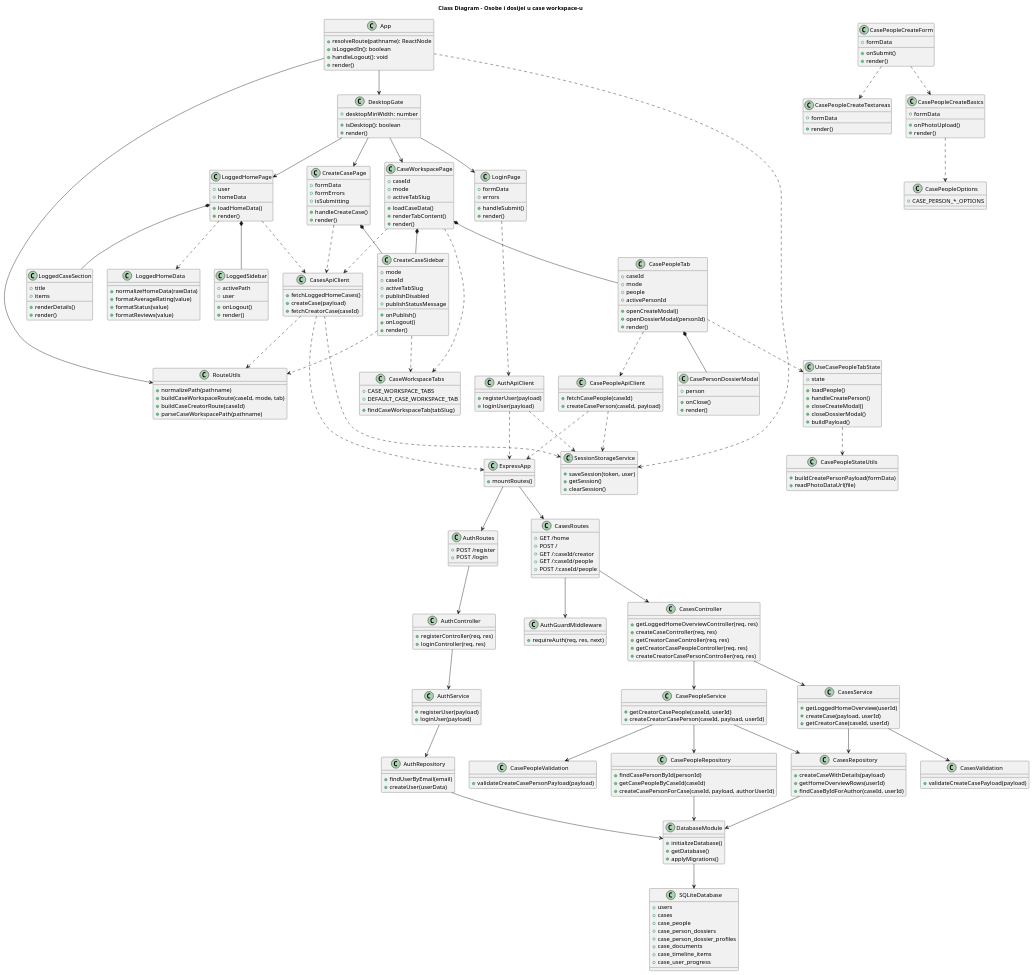
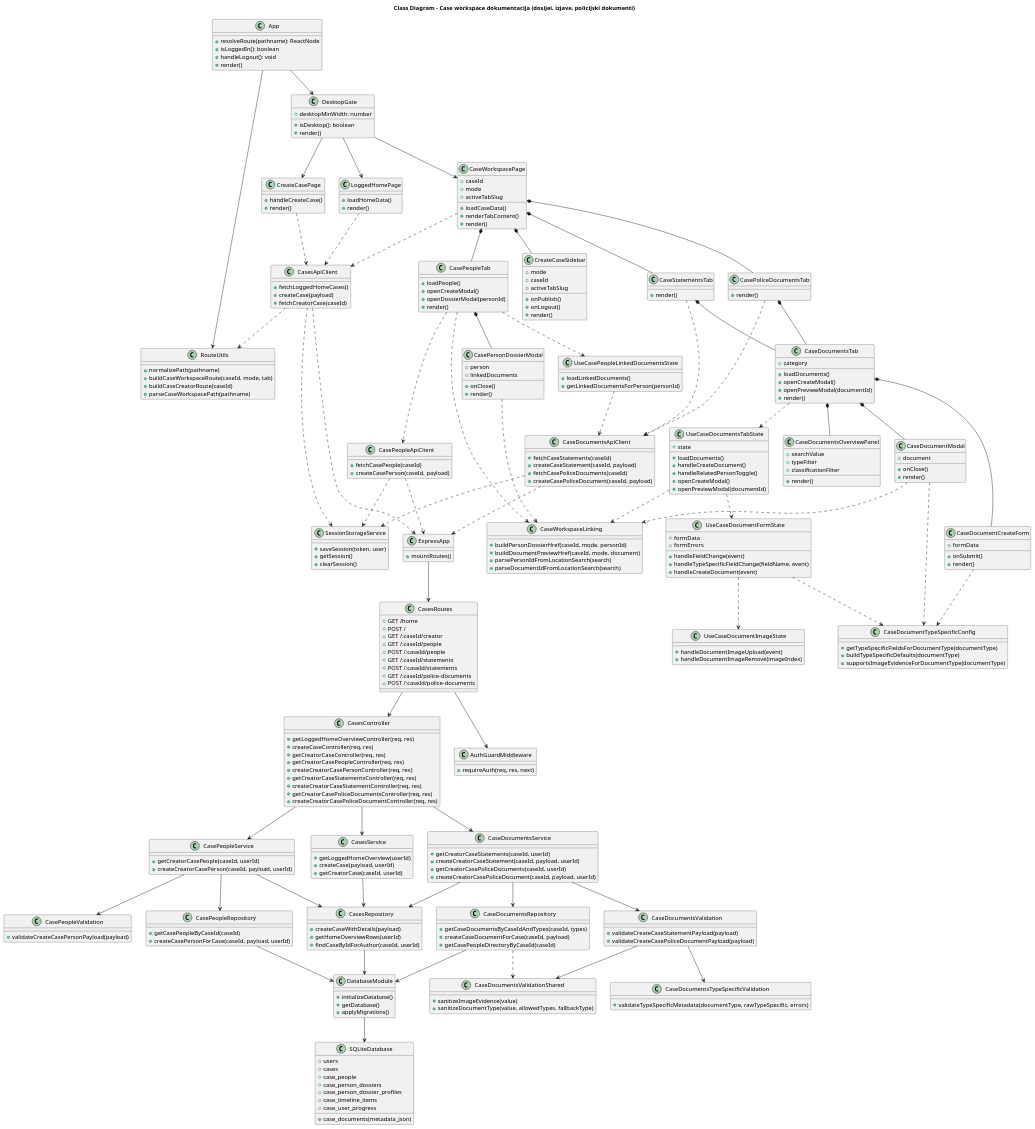
Before and after one commit to bagi002/INSPEKTOR: the diagram in Docs/architecture/class_diagram.puml, drawn with PlantUML. The commit also changed 49 other files, not shown here.

Commit message:
Dodati dokumenti i izjave

```diff
--- a/Docs/architecture/class_diagram.puml
+++ b/Docs/architecture/class_diagram.puml
@@ -1,5 +1,5 @@
 @startuml Class Diagram
-title Class Diagram - Osobe i dosijei u case workspace-u
+title Class Diagram - Case workspace dokumentacija (dosijei, izjave, policijski dokumenti)
 
 class App {
   +resolveRoute(pathname): ReactNode
@@ -21,45 +21,12 @@
   +render()
 }
 
-class LoginPage {
-  +formData
-  +errors
-  +handleSubmit()
-  +render()
-}
-
 class LoggedHomePage {
-  +user
-  +homeData
   +loadHomeData()
   +render()
 }
 
-class LoggedCaseSection {
-  +title
-  +items
-  +renderDetails()
-  +render()
-}
-
-class LoggedHomeData {
-  +normalizeHomeData(rawData)
-  +formatAverageRating(value)
-  +formatStatus(value)
-  +formatReviews(value)
-}
-
-class LoggedSidebar {
-  +activePath
-  +user
-  +onLogout()
-  +render()
-}
-
 class CreateCasePage {
-  +formData
-  +formErrors
-  +isSubmitting
   +handleCreateCase()
   +render()
 }
@@ -73,88 +40,120 @@
   +render()
 }
 
+class CreateCaseSidebar {
+  +mode
+  +caseId
+  +activeTabSlug
+  +onPublish()
+  +onLogout()
+  +render()
+}
+
 class CasePeopleTab {
-  +caseId
-  +mode
-  +people
-  +activePersonId
+  +loadPeople()
   +openCreateModal()
   +openDossierModal(personId)
   +render()
 }
 
-class UseCasePeopleTabState {
-  +loadPeople()
-  +handleCreatePerson()
-  +closeCreateModal()
-  +closeDossierModal()
-  +buildPayload()
-  +state
-}
-
 class CasePersonDossierModal {
   +person
+  +linkedDocuments
   +onClose()
   +render()
 }
 
-class CasePeopleCreateTextareas {
-  +formData
+class CaseStatementsTab {
   +render()
 }
 
-class CasePeopleCreateBasics {
-  +formData
-  +onPhotoUpload()
+class CasePoliceDocumentsTab {
   +render()
 }
 
-class CasePeopleCreateForm {
+class CaseDocumentsTab {
+  +category
+  +loadDocuments()
+  +openCreateModal()
+  +openPreviewModal(documentId)
+  +render()
+}
+
+class UseCaseDocumentsTabState {
+  +state
+  +loadDocuments()
+  +handleCreateDocument()
+  +handleRelatedPersonToggle()
+  +openCreateModal()
+  +openPreviewModal(documentId)
+}
+
+class UseCaseDocumentFormState {
+  +formData
+  +formErrors
+  +handleFieldChange(event)
+  +handleTypeSpecificFieldChange(fieldName, event)
+  +handleCreateDocument(event)
+}
+
+class UseCaseDocumentImageState {
+  +handleDocumentImageUpload(event)
+  +handleDocumentImageRemove(imageIndex)
+}
+
+class UseCasePeopleLinkedDocumentsState {
+  +loadLinkedDocuments()
+  +getLinkedDocumentsForPerson(personId)
+}
+
+class CaseWorkspaceLinking {
+  +buildPersonDossierHref(caseId, mode, personId)
+  +buildDocumentPreviewHref(caseId, mode, document)
+  +parsePersonIdFromLocationSearch(search)
+  +parseDocumentIdFromLocationSearch(search)
+}
+
+class CaseDocumentTypeSpecificConfig {
+  +getTypeSpecificFieldsForDocumentType(documentType)
+  +buildTypeSpecificDefaults(documentType)
+  +supportsImageEvidenceForDocumentType(documentType)
+}
+
+class CaseDocumentsOverviewPanel {
+  +searchValue
+  +typeFilter
+  +classificationFilter
+  +render()
+}
+
+class CaseDocumentCreateForm {
   +formData
   +onSubmit()
   +render()
 }
 
-class CasePeopleOptions {
-  +CASE_PERSON_*_OPTIONS
-}
-
-class CasePeopleStateUtils {
-  +buildCreatePersonPayload(formData)
-  +readPhotoDataUrl(file)
-}
-
-class CreateCaseSidebar {
-  +mode
-  +caseId
-  +activeTabSlug
-  +publishDisabled
-  +publishStatusMessage
-  +onPublish()
-  +onLogout()
+class CaseDocumentModal {
+  +document
+  +onClose()
   +render()
 }
 
-class CaseWorkspaceTabs {
-  +CASE_WORKSPACE_TABS
-  +DEFAULT_CASE_WORKSPACE_TAB
-  +findCaseWorkspaceTab(tabSlug)
+class CasePeopleApiClient {
+  +fetchCasePeople(caseId)
+  +createCasePerson(caseId, payload)
 }
 
-class AuthApiClient {
-  +registerUser(payload)
-  +loginUser(payload)
+class CaseDocumentsApiClient {
+  +fetchCaseStatements(caseId)
+  +createCaseStatement(caseId, payload)
+  +fetchCasePoliceDocuments(caseId)
+  +createCasePoliceDocument(caseId, payload)
 }
 
 class CasesApiClient {
   +fetchLoggedHomeCases()
   +createCase(payload)
   +fetchCreatorCase(caseId)
-}
-
-class CasePeopleApiClient {
-  +fetchCasePeople(caseId)
-  +createCasePerson(caseId, payload)
 }
 
 class SessionStorageService {
@@ -167,26 +166,16 @@
   +mountRoutes()
 }
 
-class AuthRoutes {
-  +POST /register
-  +POST /login
-}
-
 class CasesRoutes {
   +GET /home
   +POST /
   +GET /:caseId/creator
   +GET /:caseId/people
   +POST /:caseId/people
-}
-
-class AuthGuardMiddleware {
-  +requireAuth(req, res, next)
-}
-
-class AuthController {
-  +registerController(req, res)
-  +loginController(req, res)
+  +GET /:caseId/statements
+  +POST /:caseId/statements
+  +GET /:caseId/police-documents
+  +POST /:caseId/police-documents
 }
 
 class CasesController {
@@ -195,11 +184,10 @@
   +getCreatorCaseController(req, res)
   +getCreatorCasePeopleController(req, res)
   +createCreatorCasePersonController(req, res)
-}
-
-class AuthService {
-  +registerUser(payload)
-  +loginUser(payload)
+  +getCreatorCaseStatementsController(req, res)
+  +createCreatorCaseStatementController(req, res)
+  +getCreatorCasePoliceDocumentsController(req, res)
+  +createCreatorCasePoliceDocumentController(req, res)
 }
 
 class CasesService {
@@ -213,17 +201,29 @@
   +createCreatorCasePerson(caseId, payload, userId)
 }
 
-class CasesValidation {
-  +validateCreateCasePayload(payload)
+class CaseDocumentsService {
+  +getCreatorCaseStatements(caseId, userId)
+  +createCreatorCaseStatement(caseId, payload, userId)
+  +getCreatorCasePoliceDocuments(caseId, userId)
+  +createCreatorCasePoliceDocument(caseId, payload, userId)
 }
 
 class CasePeopleValidation {
   +validateCreateCasePersonPayload(payload)
 }
 
-class AuthRepository {
-  +findUserByEmail(email)
-  +createUser(userData)
+class CaseDocumentsValidation {
+  +validateCreateCaseStatementPayload(payload)
+  +validateCreateCasePoliceDocumentPayload(payload)
+}
+
+class CaseDocumentsTypeSpecificValidation {
+  +validateTypeSpecificMetadata(documentType, rawTypeSpecific, errors)
+}
+
+class CaseDocumentsValidationShared {
+  +sanitizeImageEvidence(value)
+  +sanitizeDocumentType(value, allowedTypes, fallbackType)
 }
 
 class CasesRepository {
@@ -233,9 +233,18 @@
 }
 
 class CasePeopleRepository {
-  +findCasePersonById(personId)
   +getCasePeopleByCaseId(caseId)
-  +createCasePersonForCase(caseId, payload, authorUserId)
+  +createCasePersonForCase(caseId, payload, userId)
+}
+
+class CaseDocumentsRepository {
+  +getCaseDocumentsByCaseIdAndTypes(caseId, types)
+  +createCaseDocumentForCase(caseId, payload)
+  +getCasePeopleDirectoryByCaseId(caseId)
+}
+
+class AuthGuardMiddleware {
+  +requireAuth(req, res, next)
 }
 
 class DatabaseModule {
@@ -250,63 +259,72 @@
   +case_people
   +case_person_dossiers
   +case_person_dossier_profiles
-  +case_documents
+  +case_documents(metadata_json)
   +case_timeline_items
   +case_user_progress
 }
 
 App --> RouteUtils
 App --> DesktopGate
-DesktopGate --> LoginPage
 DesktopGate --> LoggedHomePage
 DesktopGate --> CreateCasePage
 DesktopGate --> CaseWorkspacePage
-LoggedHomePage *-- LoggedSidebar
-LoggedHomePage *-- LoggedCaseSection
-LoggedHomePage ..> LoggedHomeData
-CreateCasePage *-- CreateCaseSidebar
+
 CaseWorkspacePage *-- CreateCaseSidebar
 CaseWorkspacePage *-- CasePeopleTab
+CaseWorkspacePage *-- CaseStatementsTab
+CaseWorkspacePage *-- CasePoliceDocumentsTab
 CasePeopleTab *-- CasePersonDossierModal
-CaseWorkspacePage ..> CaseWorkspaceTabs
+CaseStatementsTab *-- CaseDocumentsTab
+CasePoliceDocumentsTab *-- CaseDocumentsTab
+CaseDocumentsTab ..> UseCaseDocumentsTabState
+UseCaseDocumentsTabState ..> UseCaseDocumentFormState
+UseCaseDocumentFormState ..> UseCaseDocumentImageState
+UseCaseDocumentsTabState ..> CaseWorkspaceLinking
+CasePeopleTab ..> UseCasePeopleLinkedDocumentsState
+CasePeopleTab ..> CaseWorkspaceLinking
+UseCasePeopleLinkedDocumentsState ..> CaseDocumentsApiClient
+UseCaseDocumentFormState ..> CaseDocumentTypeSpecificConfig
+CaseDocumentsTab *-- CaseDocumentsOverviewPanel
+CaseDocumentsTab *-- CaseDocumentCreateForm
+CaseDocumentsTab *-- CaseDocumentModal
+CaseDocumentCreateForm ..> CaseDocumentTypeSpecificConfig
+CaseDocumentModal ..> CaseDocumentTypeSpecificConfig
+CaseDocumentModal ..> CaseWorkspaceLinking
+CasePersonDossierModal ..> CaseWorkspaceLinking
 
-App ..> SessionStorageService
-LoginPage ..> AuthApiClient
+CasePeopleTab ..> CasePeopleApiClient
+CaseStatementsTab ..> CaseDocumentsApiClient
+CasePoliceDocumentsTab ..> CaseDocumentsApiClient
+CaseWorkspacePage ..> CasesApiClient
 LoggedHomePage ..> CasesApiClient
 CreateCasePage ..> CasesApiClient
-CaseWorkspacePage ..> CasesApiClient
-CasePeopleTab ..> CasePeopleApiClient
-CasePeopleTab ..> UseCasePeopleTabState
-UseCasePeopleTabState ..> CasePeopleStateUtils
-CasePeopleCreateForm ..> CasePeopleCreateBasics
-CasePeopleCreateForm ..> CasePeopleCreateTextareas
-CasePeopleCreateBasics ..> CasePeopleOptions
-AuthApiClient ..> SessionStorageService
+CasePeopleApiClient ..> SessionStorageService
+CaseDocumentsApiClient ..> SessionStorageService
 CasesApiClient ..> SessionStorageService
-CasePeopleApiClient ..> SessionStorageService
 CasesApiClient ..> RouteUtils
-CreateCaseSidebar ..> CaseWorkspaceTabs
-CreateCaseSidebar ..> RouteUtils
 
-AuthApiClient ..> ExpressApp
+CasePeopleApiClient ..> ExpressApp
+CaseDocumentsApiClient ..> ExpressApp
 CasesApiClient ..> ExpressApp
-CasePeopleApiClient ..> ExpressApp
-ExpressApp --> AuthRoutes
 ExpressApp --> CasesRoutes
 CasesRoutes --> AuthGuardMiddleware
-AuthRoutes --> AuthController
 CasesRoutes --> CasesController
-AuthController --> AuthService
 CasesController --> CasesService
 CasesController --> CasePeopleService
-CasesService --> CasesValidation
+CasesController --> CaseDocumentsService
+CasesService --> CasesRepository
 CasePeopleService --> CasePeopleValidation
-AuthService --> AuthRepository
-CasesService --> CasesRepository
 CasePeopleService --> CasesRepository
 CasePeopleService --> CasePeopleRepository
-AuthRepository --> DatabaseModule
+CaseDocumentsService --> CaseDocumentsValidation
+CaseDocumentsValidation --> CaseDocumentsTypeSpecificValidation
+CaseDocumentsValidation --> CaseDocumentsValidationShared
+CaseDocumentsService --> CasesRepository
+CaseDocumentsService --> CaseDocumentsRepository
+CaseDocumentsRepository ..> CaseDocumentsValidationShared
 CasesRepository --> DatabaseModule
 CasePeopleRepository --> DatabaseModule
+CaseDocumentsRepository --> DatabaseModule
 DatabaseModule --> SQLiteDatabase
 @enduml
```
